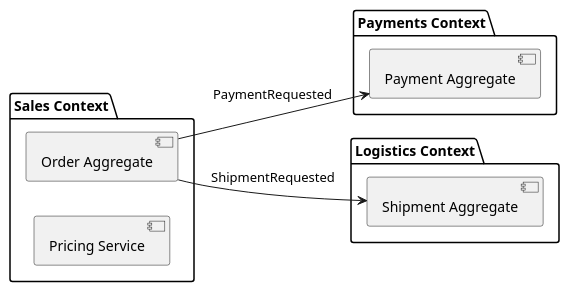
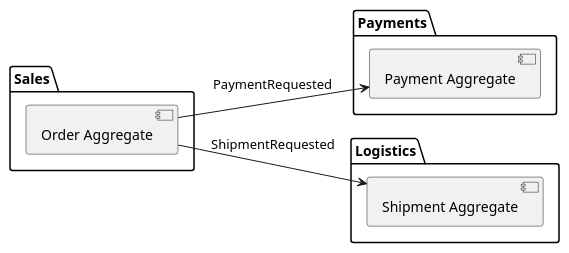
Before and after one commit to iwizy/analyst_kb: the diagram in docs/architecture/design-approaches/oop-design/ddd.md, drawn with PlantUML. The commit also changed other lines of this file and 30 other files, not shown here.

````diff
--- a/docs/architecture/design-approaches/oop-design/ddd.md
+++ b/docs/architecture/design-approaches/oop-design/ddd.md
@@ -24,18 +40,16 @@
 ```kroki-plantuml
 @startuml
 left to right direction
-package "Sales Context" {
+package "Sales" {
   [Order Aggregate]
-  [Pricing Service]
 }
-package "Payments Context" {
+package "Payments" {
   [Payment Aggregate]
 }
-package "Logistics Context" {
+package "Logistics" {
   [Shipment Aggregate]
 }
-
 [Order Aggregate] --> [Payment Aggregate] : PaymentRequested
 [Order Aggregate] --> [Shipment Aggregate] : ShipmentRequested
 @enduml
 ```
````
